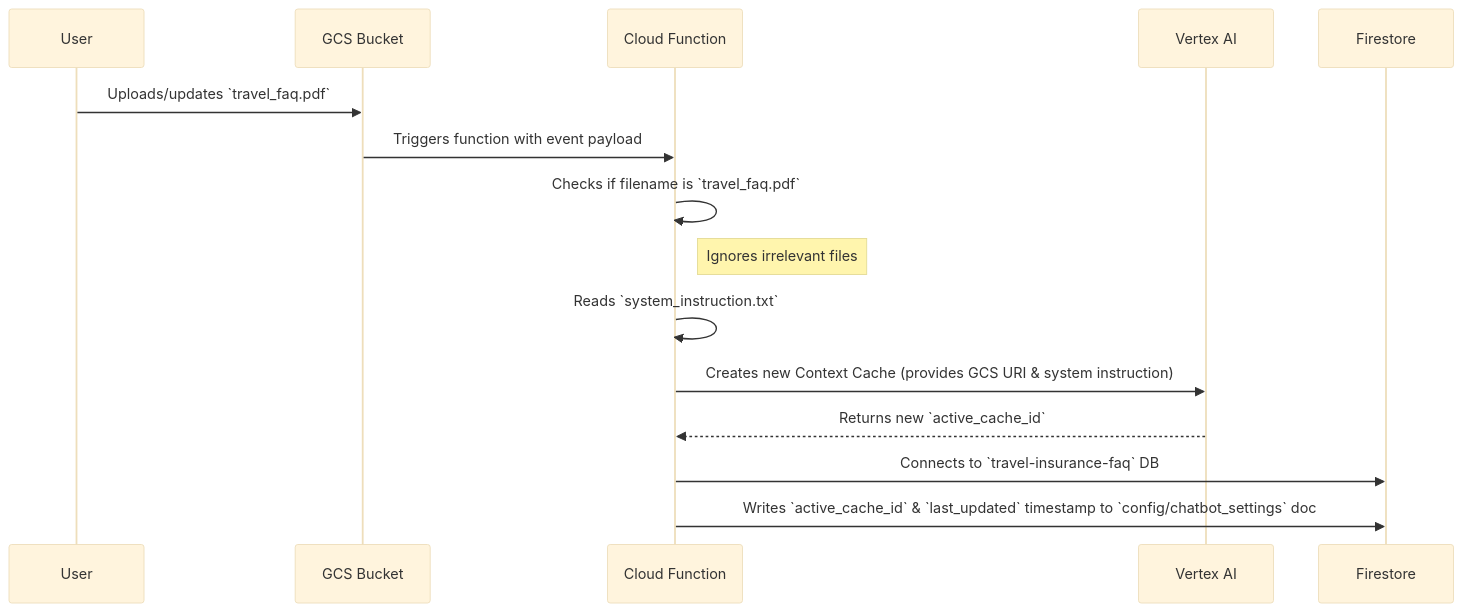
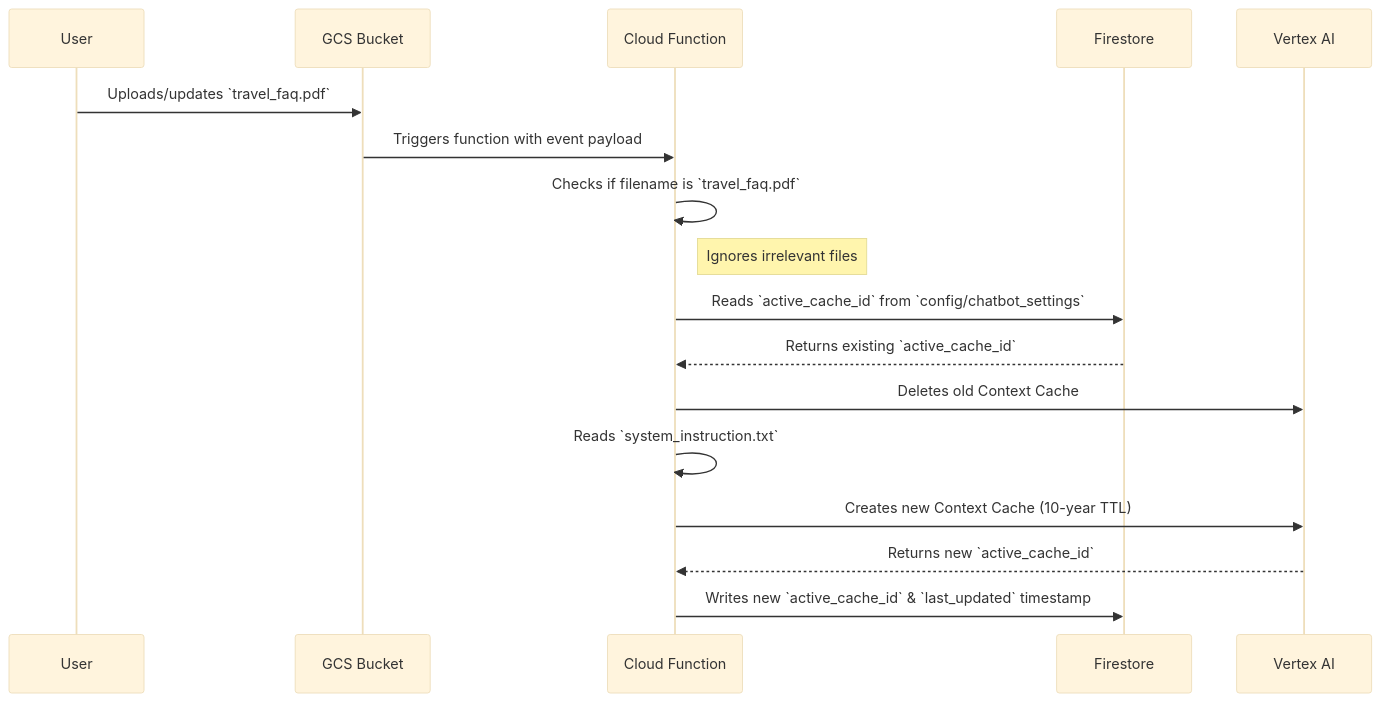
Before and after one commit to sandipdatta/cache_updater: the diagram in README.md, drawn with Mermaid (base theme). The commit also changed other lines of this file and 1 other file, not shown here.

Commit message:
Added fix so cache does not expire until new faq is iploaded

````diff
--- a/README.md
+++ b/README.md
@@ -14,22 +14,26 @@
 ```mermaid
 sequenceDiagram
     participant User
     participant GCS Bucket
     participant Cloud Function
+    participant Firestore
     participant Vertex AI
-    participant Firestore
 
     User->>GCS Bucket: Uploads/updates `travel_faq.pdf`
     GCS Bucket->>Cloud Function: Triggers function with event payload
     
     Cloud Function->>Cloud Function: Checks if filename is `travel_faq.pdf`
     Note right of Cloud Function: Ignores irrelevant files
 
+    Cloud Function->>Firestore: Reads `active_cache_id` from `config/chatbot_settings`
+    Firestore-->>Cloud Function: Returns existing `active_cache_id`
+    
+    Cloud Function->>Vertex AI: Deletes old Context Cache
+    
     Cloud Function->>Cloud Function: Reads `system_instruction.txt`
-    Cloud Function->>Vertex AI: Creates new Context Cache (provides GCS URI & system instruction)
+    Cloud Function->>Vertex AI: Creates new Context Cache (10-year TTL)
     Vertex AI-->>Cloud Function: Returns new `active_cache_id`
     
-    Cloud Function->>Firestore: Connects to `travel-insurance-faq` DB
-    Cloud Function->>Firestore: Writes `active_cache_id` & `last_updated` timestamp to `config/chatbot_settings` doc
+    Cloud Function->>Firestore: Writes new `active_cache_id` & `last_updated` timestamp
 
 ```
````
